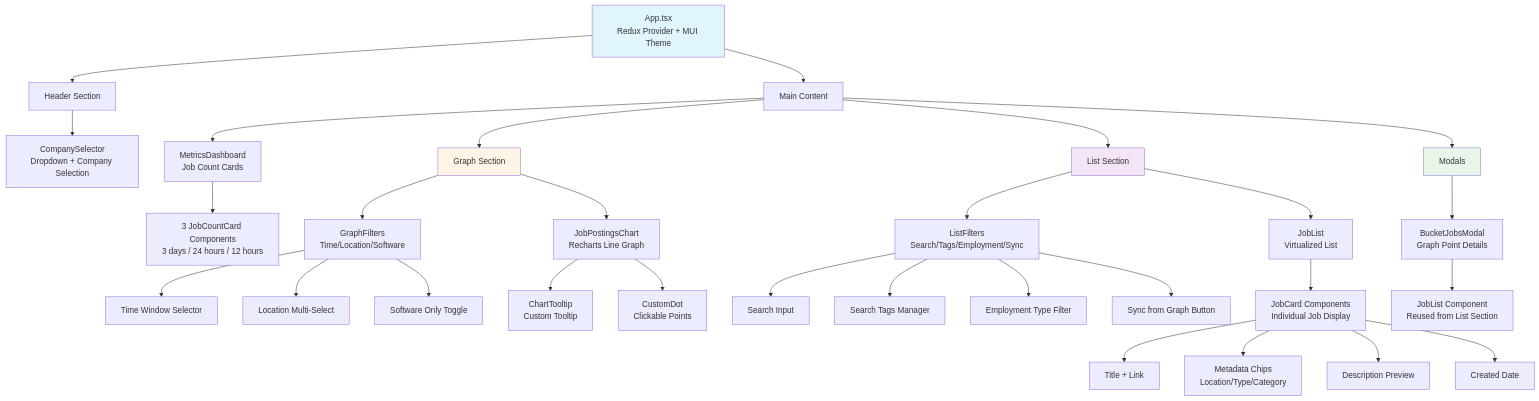
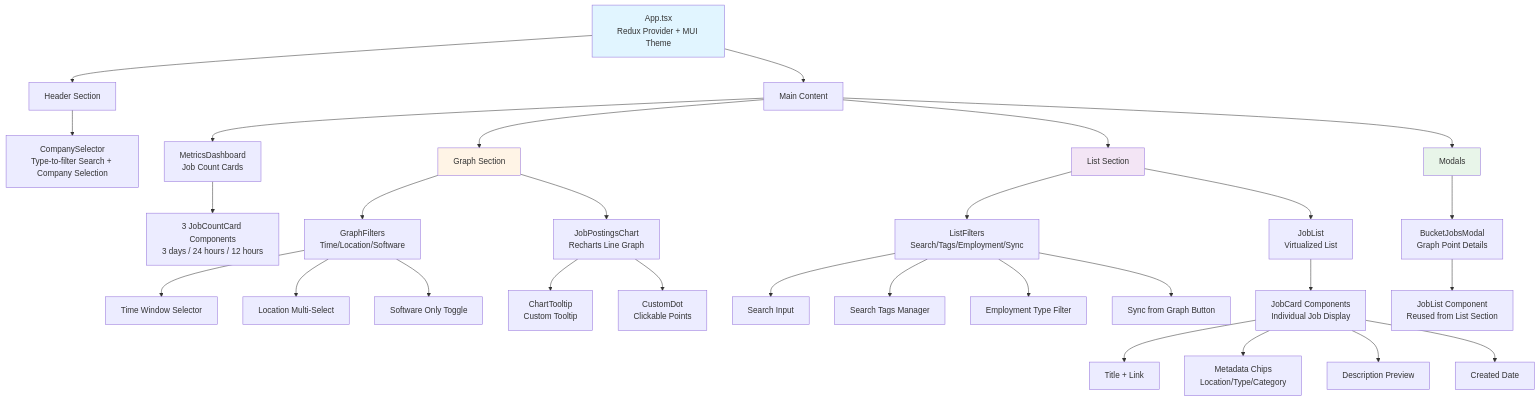
The fifth of 8 diagrams in src/frontend/docs/architecture.md (brendanpotter00/Job-Visualizer-Notifier), drawn with Mermaid before and after one commit. The commit also changed 4 other files, not shown here.

First line of the commit message:
feat(companies): make the company selector a type-to-filter search

````diff
--- a/src/frontend/docs/architecture.md
+++ b/src/frontend/docs/architecture.md
@@ -268,50 +268,50 @@
 ```mermaid
 graph TB
     App[App.tsx<br/>Redux Provider + MUI Theme]
 
     App --> Header[Header Section]
     App --> Main[Main Content]
 
-    Header --> CompSelector[CompanySelector<br/>Dropdown + Company Selection]
+    Header --> CompSelector[CompanySelector<br/>Type-to-filter Search + Company Selection]
 
     Main --> MetricsDash[MetricsDashboard<br/>Job Count Cards]
     Main --> GraphSection[Graph Section]
     Main --> ListSection[List Section]
     Main --> Modals[Modals]
 
     MetricsDash --> JobCountCards[3 JobCountCard Components<br/>3 days / 24 hours / 12 hours]
 
     GraphSection --> GraphFilters[GraphFilters<br/>Time/Location/Software]
     GraphSection --> JobPostingsChart[JobPostingsChart<br/>Recharts Line Graph]
 
     GraphFilters --> TimeWindowSelect[Time Window Selector]
     GraphFilters --> LocationFilter[Location Multi-Select]
     GraphFilters --> SoftwareToggle[Software Only Toggle]
 
     JobPostingsChart --> ChartTooltip[ChartTooltip<br/>Custom Tooltip]
     JobPostingsChart --> CustomDot[CustomDot<br/>Clickable Points]
 
     ListSection --> ListFilters[ListFilters<br/>Search/Tags/Employment/Sync]
     ListSection --> JobList[JobList<br/>Virtualized List]
 
     ListFilters --> SearchInput[Search Input]
     ListFilters --> SearchTags[Search Tags Manager]
     ListFilters --> EmploymentFilter[Employment Type Filter]
     ListFilters --> SyncButton[Sync from Graph Button]
 
     JobList --> JobCards[JobCard Components<br/>Individual Job Display]
 
     JobCards --> JobTitle[Title + Link]
     JobCards --> JobMeta[Metadata Chips<br/>Location/Type/Category]
     JobCards --> JobDesc[Description Preview]
     JobCards --> JobTimestamp[Created Date]
 
     Modals --> BucketJobsModal[BucketJobsModal<br/>Graph Point Details]
 
     BucketJobsModal --> ModalJobList[JobList Component<br/>Reused from List Section]
 
     style App fill:#e1f5ff
     style GraphSection fill:#fff4e6
     style ListSection fill:#f3e5f5
     style Modals fill:#e8f5e9
 ```
````
